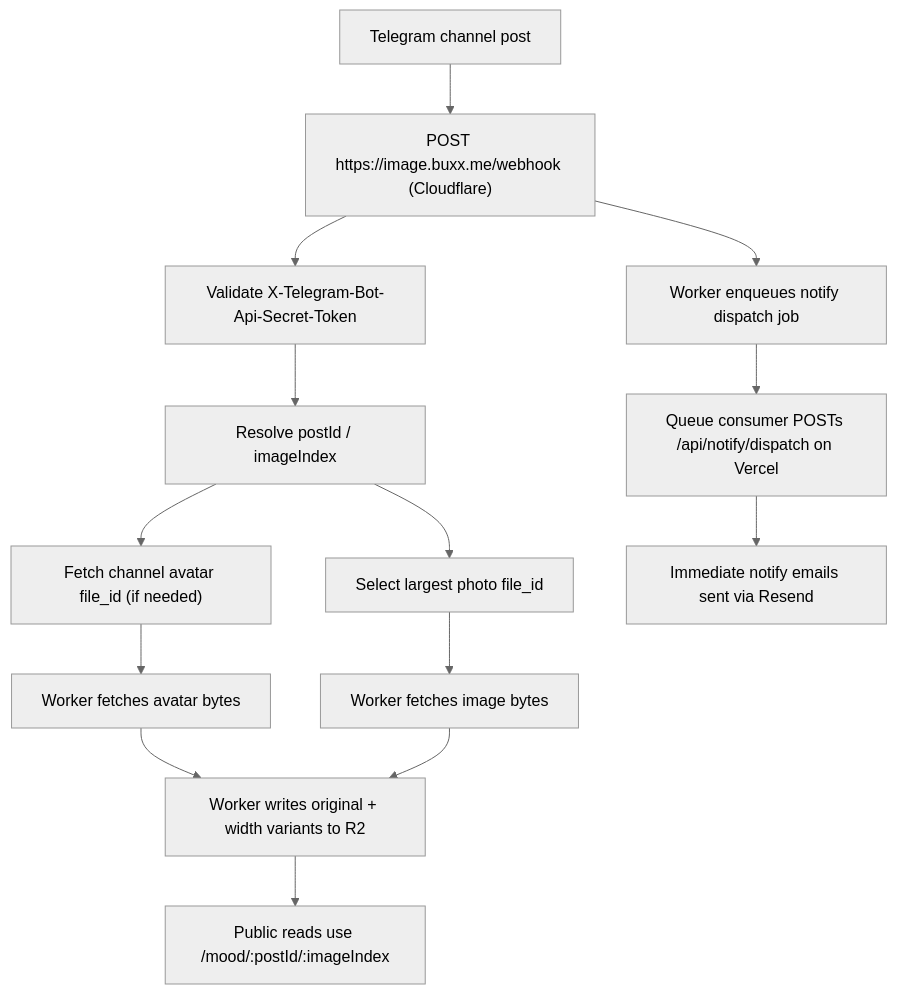
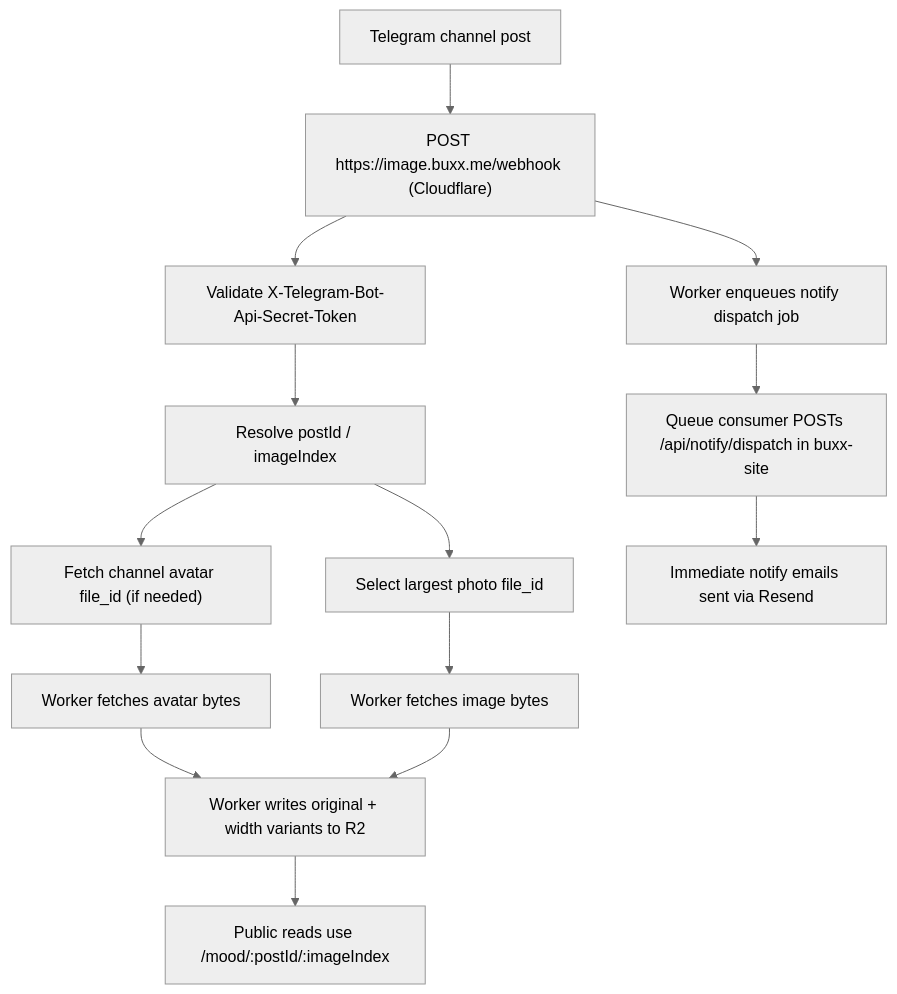
Before and after one commit to bunizao/site: the diagram in src/content/docs/docs/pipeline/telegram.md, drawn with Mermaid (neutral theme). The commit also changed other lines of this file and 18 other files, not shown here.

````diff
--- a/src/content/docs/docs/pipeline/telegram.md
+++ b/src/content/docs/docs/pipeline/telegram.md
@@ -11,16 +11,16 @@
 ```mermaid
 flowchart TD
   A["Telegram channel post"] --> B["POST https://image.buxx.me/webhook (Cloudflare)"]
   B --> C["Validate X-Telegram-Bot-Api-Secret-Token"]
   C --> D["Resolve postId / imageIndex"]
   D --> E["Fetch channel avatar file_id (if needed)"]
   D --> F["Select largest photo file_id"]
   E --> G["Worker fetches avatar bytes"]
   F --> H["Worker fetches image bytes"]
   G --> I["Worker writes original + width variants to R2"]
   H --> I
   I --> J["Public reads use /mood/:postId/:imageIndex"]
   B --> K["Worker enqueues notify dispatch job"]
-  K --> L["Queue consumer POSTs /api/notify/dispatch on Vercel"]
+  K --> L["Queue consumer POSTs /api/notify/dispatch in buxx-site"]
   L --> M["Immediate notify emails sent via Resend"]
 ```
````
